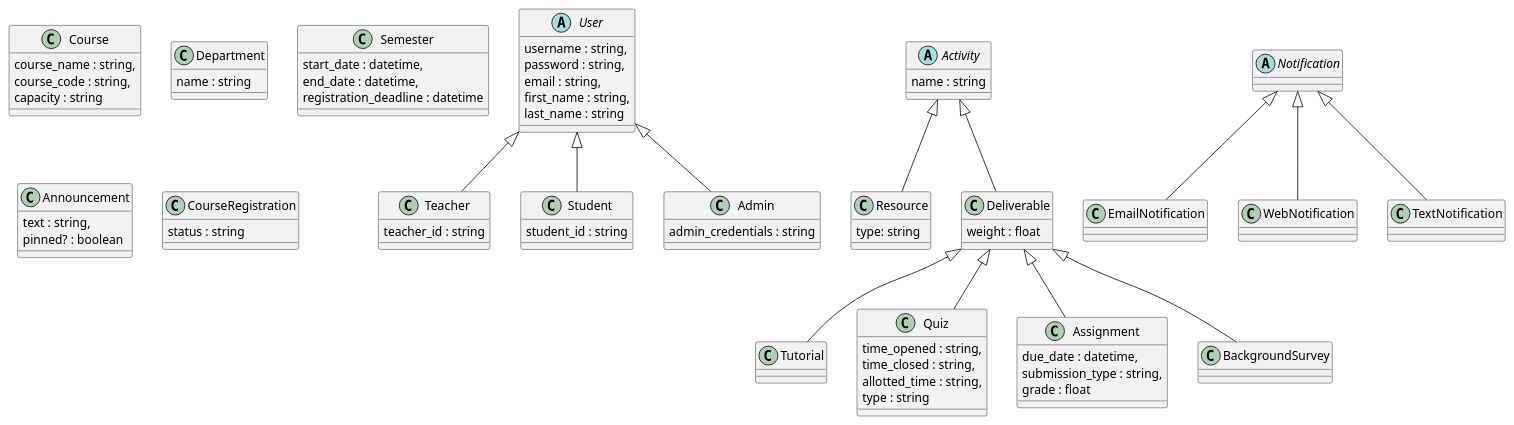
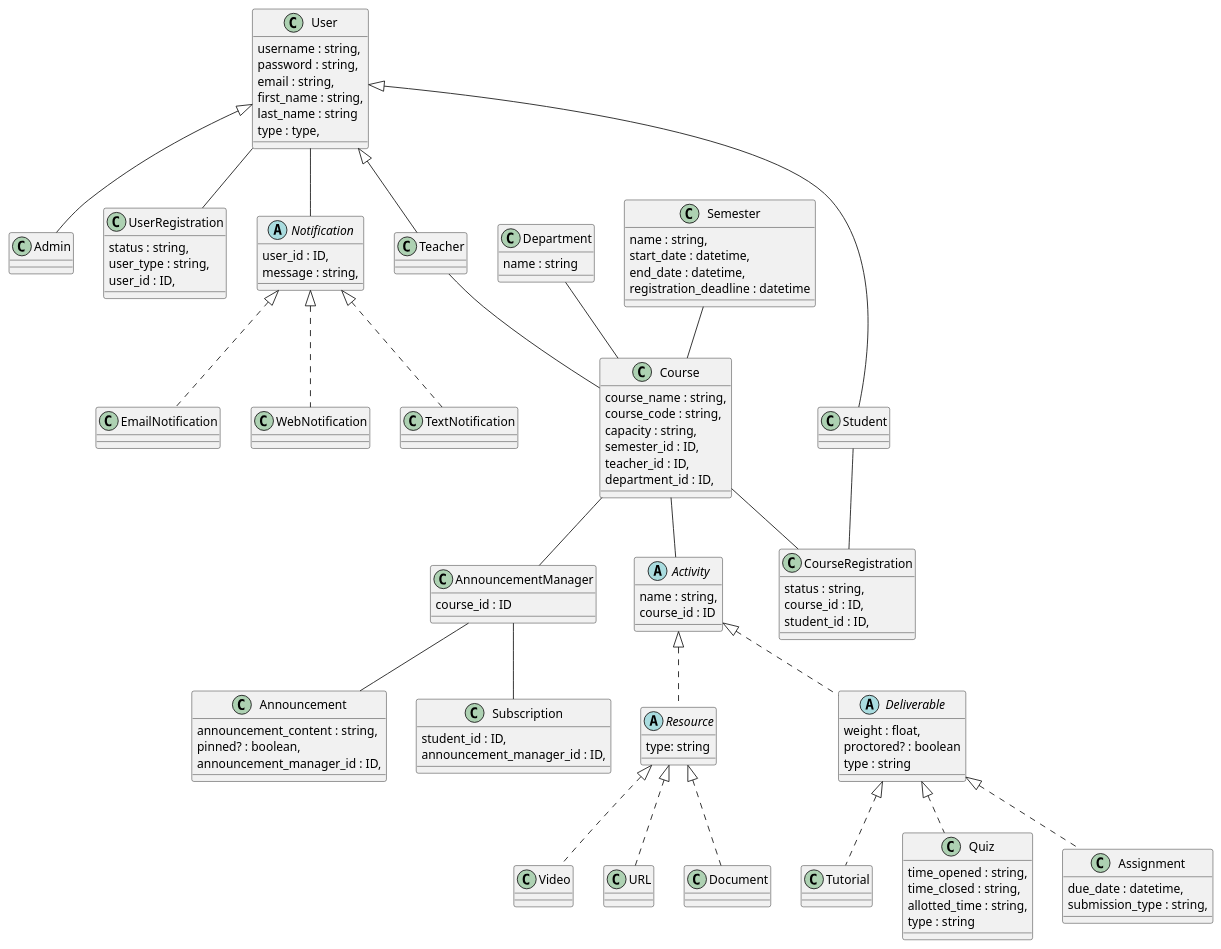
One commit to will-r-wang/CMSLearn-Course-Management-System changed the diagram in docs/class_diagram.puml. Above: the diagram before and after it, drawn with PlantUML. The commit also changed 1 other file, not shown here.

Commit message:
[Documentation] Update class diagram

```diff
--- a/docs/class_diagram.puml
+++ b/docs/class_diagram.puml
@@ -1,93 +1,122 @@
 @startuml
-abstract class User {
+class User {
   username : string,
   password : string,
   email : string,
   first_name : string,
   last_name : string
+  type : type,
 }
 
-class Teacher {
-  teacher_id : string
-}
-
-class Student {
-  student_id : string
-}
-
-class Admin {
-  admin_credentials : string
-}
+class Teacher
+class Student
+class Admin
 
 class Course {
   course_name : string,
   course_code : string,
-  capacity : string
+  capacity : string,
+  semester_id : ID,
+  teacher_id : ID,
+  department_id : ID,
 }
 
 class Department {
   name : string
 }
 
 class Semester {
+  name : string,
   start_date : datetime,
   end_date : datetime,
   registration_deadline : datetime
 }
 
-abstract class Activity {
-  name : string
+abstract Activity {
+  name : string,
+  course_id : ID
 }
 
-class Resource {
+class AnnouncementManager {
+  course_id : ID
+}
+
+abstract Resource {
   type: string
 }
 
-abstract class Deliverable {
-  weight : float
+abstract Deliverable {
+  weight : float,
+  proctored? : boolean
+  type : string
 }
 
 class Tutorial
 class Quiz {
   time_opened : string,
   time_closed : string,
   allotted_time : string,
   type : string
 }
 
 class Assignment {
   due_date : datetime,
   submission_type : string,
-  grade : float
 }
 
-class BackgroundSurvey
+class Announcement {
+  announcement_content : string,
+  pinned? : boolean,
+  announcement_manager_id : ID,
+}
 
-class Announcement {
-  text : string,
-  pinned? : boolean
+class Subscription {
+  student_id : ID,
+  announcement_manager_id : ID,
 }
 
 class CourseRegistration {
-  status : string
+  status : string,
+  course_id : ID,
+  student_id : ID,
 }
 
-abstract class Notification
-class EmailNotification
-class WebNotification
-class TextNotification
+class UserRegistration {
+  status : string,
+  user_type : string,
+  user_id : ID,
+}
+
+Teacher -- Course
+Department -- Course
+Semester -- Course
+AnnouncementManager -- Announcement
+AnnouncementManager -- Subscription
+User -- UserRegistration
+Course -- AnnouncementManager
+Course -- Activity
+Course -- CourseRegistration
+Student -- CourseRegistration
+User -- Notification
+
+abstract Notification {
+  user_id : ID,
+  message : string,
+}
 
 class Teacher extends User
 class Student extends User
 class Admin extends User
-class Resource extends Activity
-class Deliverable extends Activity
-class Tutorial extends Deliverable
-class Quiz extends Deliverable
-class Assignment extends Deliverable
-class BackgroundSurvey extends Deliverable
-class EmailNotification extends Notification
-class WebNotification extends Notification
-class TextNotification extends Notification
+Activity <|.. Resource
+Resource <|.. Video
+Resource <|.. URL
+Resource <|.. Document
+Activity <|.. Deliverable
+Deliverable <|.. Tutorial
+Deliverable <|.. Quiz
+Deliverable <|.. Assignment
+Notification <|.. EmailNotification
+Notification <|.. WebNotification
+Notification <|.. TextNotification
 
 @enduml
```
